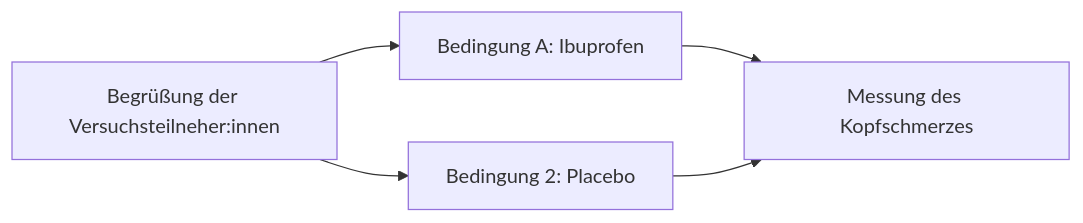
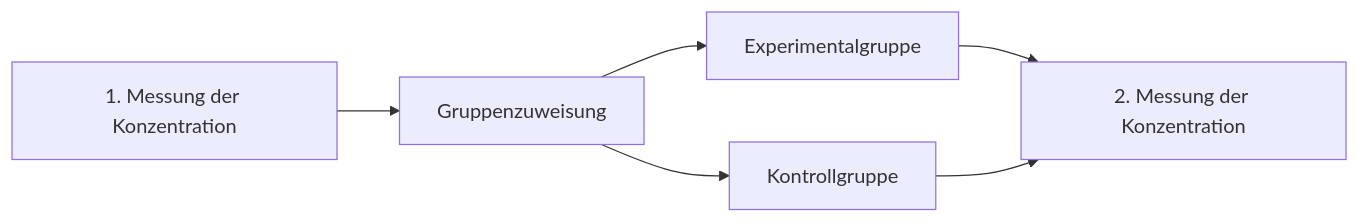
One commit to sebastiansauer/fopra changed the diagram in test.qmd. Above: the diagram before and after it, drawn with Mermaid. The commit also changed other lines of this file and 20 other files, not shown here.

````diff
--- a/test.qmd
+++ b/test.qmd
@@ -7,9 +6,10 @@
 ```{mermaid}
-%%| label: ablauf-interv
-%%| fig-cap: Einfaches Schema des Ablaufs einer Interventionsstudie
+%%| label: fig-between
+%%| fig-cap: Beispiel für ein Between-Subject-Design
 flowchart LR
-A[Begrüßung der Versuchsteilneher:innen] --> B1[Bedingung A: Ibuprofen]
-A --> B2[Bedingung 2: Placebo]
-B1 --> C[Messung des Kopfschmerzes]
-B2 --> C
+  M1[1. Messung der Konzentration] --> R[Gruppenzuweisung]
+  R --> G1[Experimentalgruppe]
+  R --> G2[Kontrollgruppe]
+  G1 --> M2[2. Messung der Konzentration]
+  G2 --> M2[2. Messung der Konzentration]  
 ```
````
